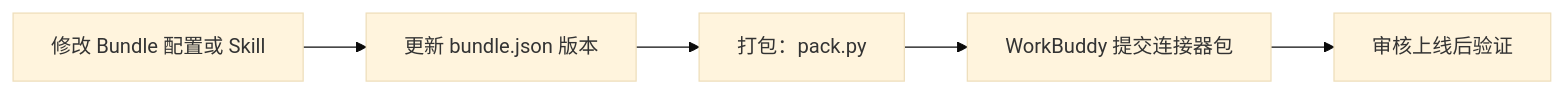
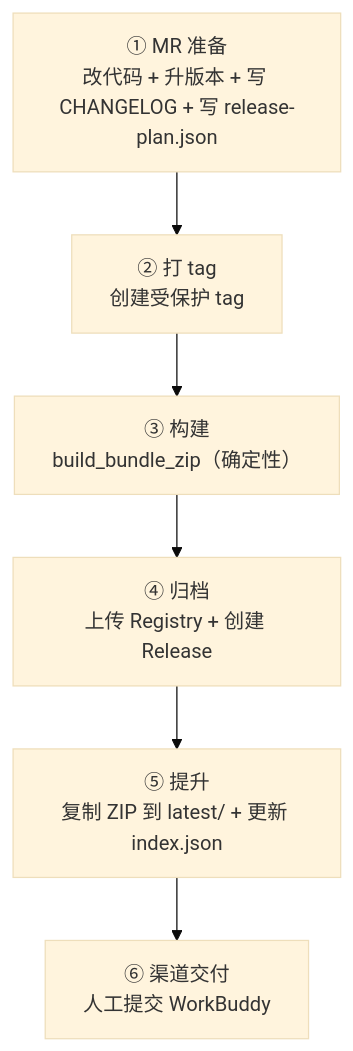
The diagram in docs/releasing.md (omnimay/coach_skills), drawn with Mermaid (base theme) before and after one commit. The commit also changed other lines of this file and 68 other files, not shown here.

````diff
--- a/docs/releasing.md
+++ b/docs/releasing.md
@@ -7,7 +19,8 @@
 ```mermaid
-flowchart LR
-    A["修改 Bundle 配置或 Skill"] --> B["更新 bundle.json 版本"]
-    B --> C["打包：pack.py"]
-    C --> D["WorkBuddy 提交连接器包"]
-    D --> E["审核上线后验证"]
+flowchart TD
+    A["① MR 准备<br/>改代码 + 升版本 + 写 CHANGELOG + 写 release-plan.json"] --> B["② 打 tag<br/>创建受保护 tag"]
+    B --> C["③ 构建<br/>build_bundle_zip（确定性）"]
+    C --> D["④ 归档<br/>上传 Registry + 创建 Release"]
+    D --> E["⑤ 提升<br/>复制 ZIP 到 latest/ + 更新 index.json"]
+    E --> F["⑥ 渠道交付<br/>人工提交 WorkBuddy"]
 ```
````
